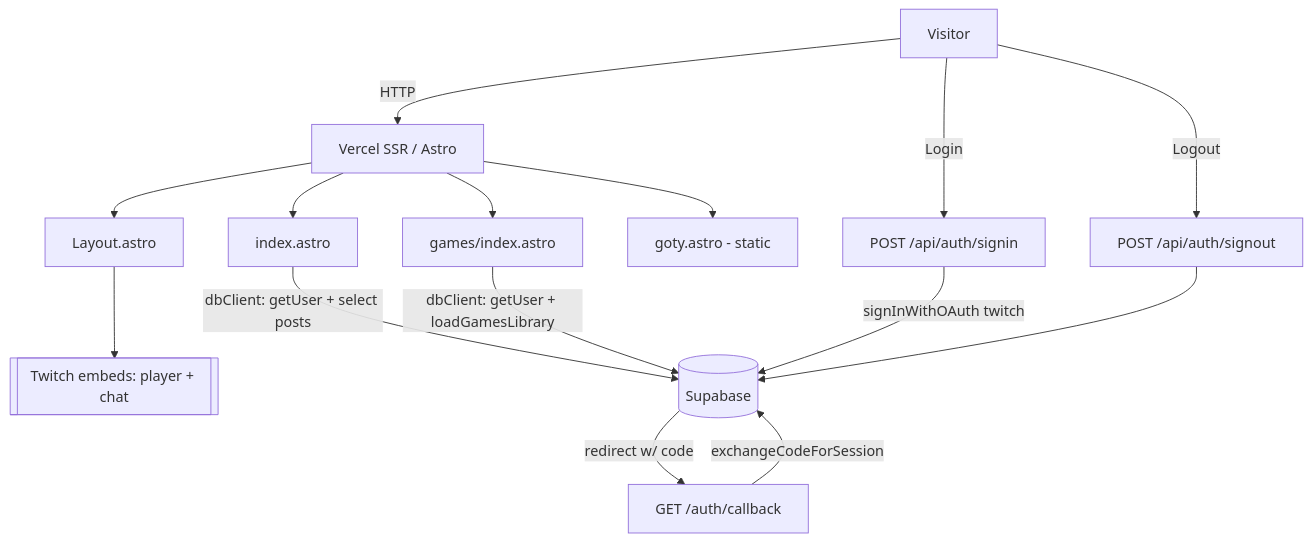
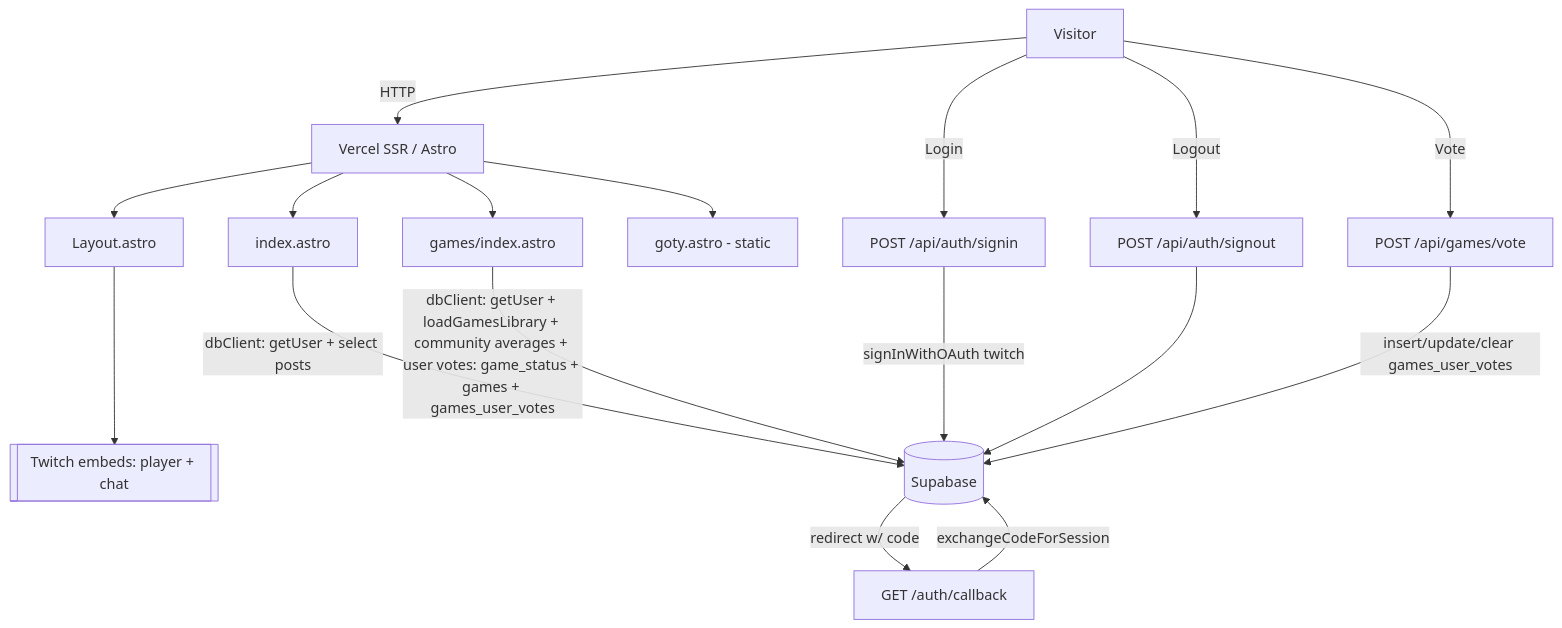
Before and after one commit to danygq/knekro-hub: the diagram in ARCHITECTURE.md, drawn with Mermaid. The commit also changed other lines of this file and 9 other files, not shown here.

First line of the commit message:
feat: add community voting to games library

````diff
--- a/ARCHITECTURE.md
+++ b/ARCHITECTURE.md
@@ -14,12 +14,13 @@
 ```mermaid
 flowchart TD
   U[Visitor] -->|HTTP| V[Vercel SSR / Astro]
   V --> L[Layout.astro]
   V --> Pi[index.astro] -->|dbClient: getUser + select posts| SB[(Supabase)]
-  V --> Pg[games/index.astro] -->|dbClient: getUser + loadGamesLibrary| SB
+  V --> Pg[games/index.astro] -->|dbClient: getUser + loadGamesLibrary + community averages + user votes: game_status + games + games_user_votes| SB
   V --> Pgo[goty.astro - static]
   U -->|Login| AS[POST /api/auth/signin] -->|signInWithOAuth twitch| SB
   SB -->|redirect w/ code| CB[GET /auth/callback] -->|exchangeCodeForSession| SB
   U -->|Logout| AO[POST /api/auth/signout] --> SB
+  U -->|Vote| PV[POST /api/games/vote] -->|insert/update/clear games_user_votes| SB
   L --> TW[[Twitch embeds: player + chat]]
 ```
````
